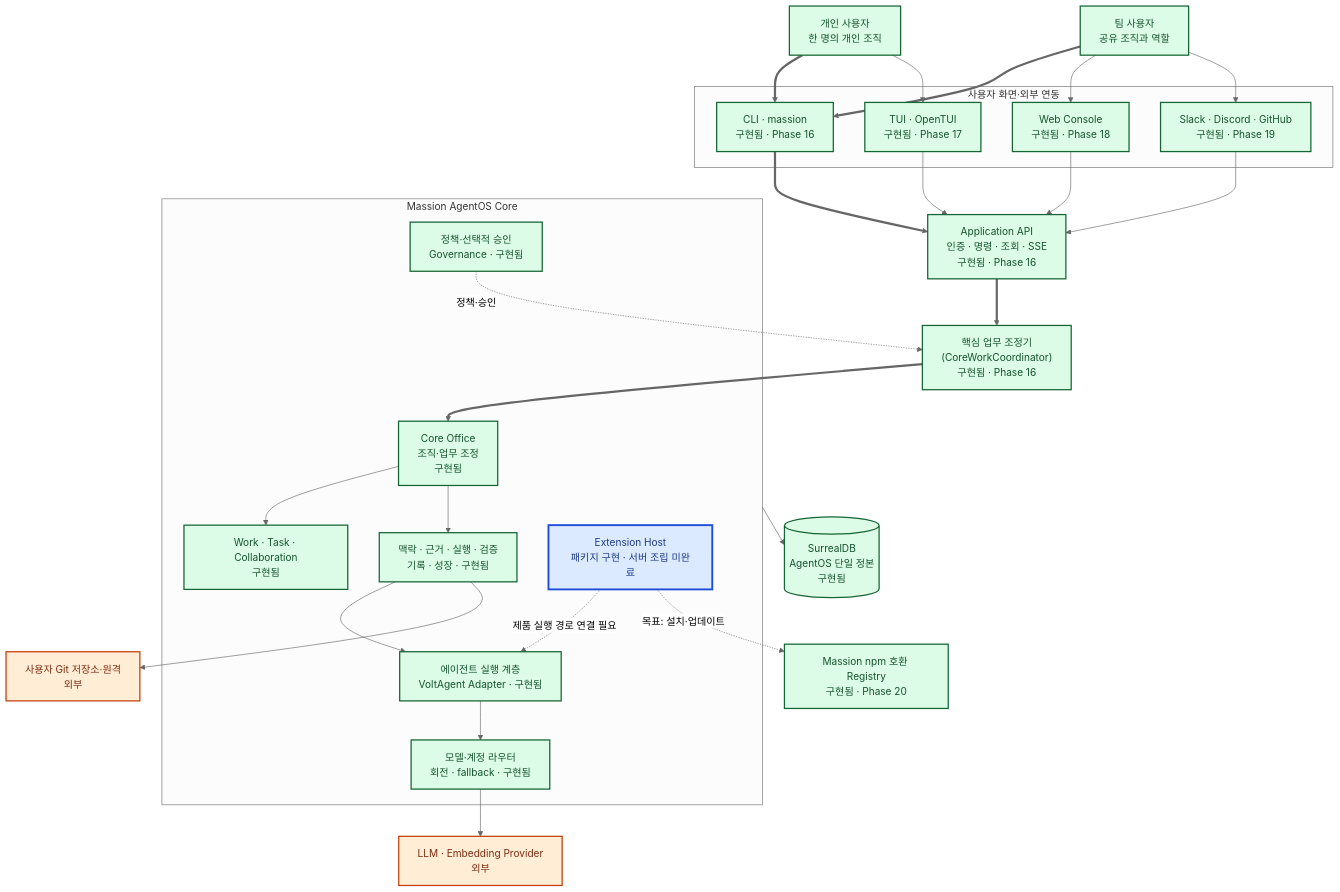
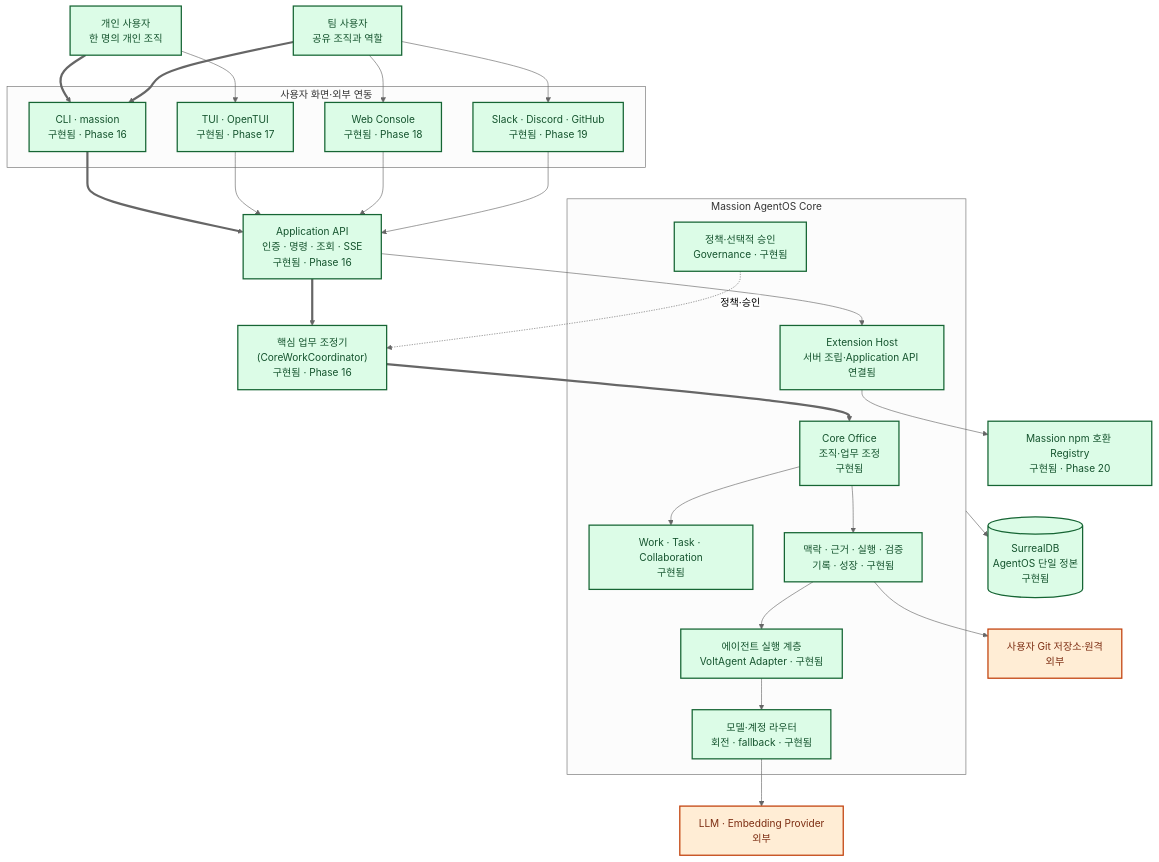
One commit to jabdori/massion changed the first of 11 diagrams in docs/architecture/README.md. Above: the diagram before and after it, drawn with Mermaid (neutral theme). The commit also changed other lines of this file and 6 other files, not shown here.

````diff
--- a/docs/architecture/README.md
+++ b/docs/architecture/README.md
@@ -31,57 +31,57 @@
 ```mermaid
 flowchart TB
   classDef implemented fill:#dcfce7,stroke:#166534,color:#14532d,stroke-width:2px;
   classDef implementing fill:#dbeafe,stroke:#1d4ed8,color:#1e3a8a,stroke-width:3px;
   classDef planned fill:#f3f4f6,stroke:#6b7280,color:#374151,stroke-width:1px,stroke-dasharray:5 5;
   classDef external fill:#ffedd5,stroke:#c2410c,color:#7c2d12,stroke-width:2px;
 
   Person["개인 사용자<br/>한 명의 개인 조직"]:::implemented
   Team["팀 사용자<br/>공유 조직과 역할"]:::implemented
 
   subgraph Surfaces["사용자 화면·외부 연동"]
     CLI["CLI · massion<br/>구현됨 · Phase 16"]:::implemented
     TUI["TUI · OpenTUI<br/>구현됨 · Phase 17"]:::implemented
     Web["Web Console<br/>구현됨 · Phase 18"]:::implemented
     Channels["Slack · Discord · GitHub<br/>구현됨 · Phase 19"]:::implemented
   end
 
   API["Application API<br/>인증 · 명령 · 조회 · SSE<br/>구현됨 · Phase 16"]:::implemented
   Coordinator["핵심 업무 조정기<br/>(CoreWorkCoordinator)<br/>구현됨 · Phase 16"]:::implemented
 
   subgraph AgentOS["Massion AgentOS Core"]
     Office["Core Office<br/>조직·업무 조정<br/>구현됨"]:::implemented
     Work["Work · Task · Collaboration<br/>구현됨"]:::implemented
     Governance["정책·선택적 승인<br/>Governance · 구현됨"]:::implemented
     Intelligence["맥락 · 근거 · 실행 · 검증<br/>기록 · 성장 · 구현됨"]:::implemented
     Runtime["에이전트 실행 계층<br/>VoltAgent Adapter · 구현됨"]:::implemented
     Router["모델·계정 라우터<br/>회전 · fallback · 구현됨"]:::implemented
-    ExtHost["Extension Host<br/>패키지 구현 · 서버 조립 미완료"]:::implementing
+    ExtHost["Extension Host<br/>서버 조립·Application API 연결됨"]:::implemented
   end
 
   DB[("SurrealDB<br/>AgentOS 단일 정본<br/>구현됨")]:::implemented
   Registry["Massion npm 호환 Registry<br/>구현됨 · Phase 20"]:::implemented
   Providers["LLM · Embedding Provider<br/>외부"]:::external
   Git["사용자 Git 저장소·원격<br/>외부"]:::external
 
   Person ==> CLI
   Team ==> CLI
   Person --> TUI
   Team --> Web
   Team --> Channels
   CLI ==> API
   TUI --> API
   Web --> API
   Channels --> API
   API ==> Coordinator
   Coordinator ==> Office
   Office --> Work
   Governance -. "정책·승인" .-> Coordinator
   Office --> Intelligence
   Intelligence --> Runtime
   Runtime --> Router
-  ExtHost -. "제품 실행 경로 연결 필요" .-> Runtime
+  API --> ExtHost
   AgentOS --> DB
   Router --> Providers
-  ExtHost -. "목표: 설치·업데이트" .-> Registry
+  ExtHost --> Registry
   Intelligence --> Git
 ```
````
